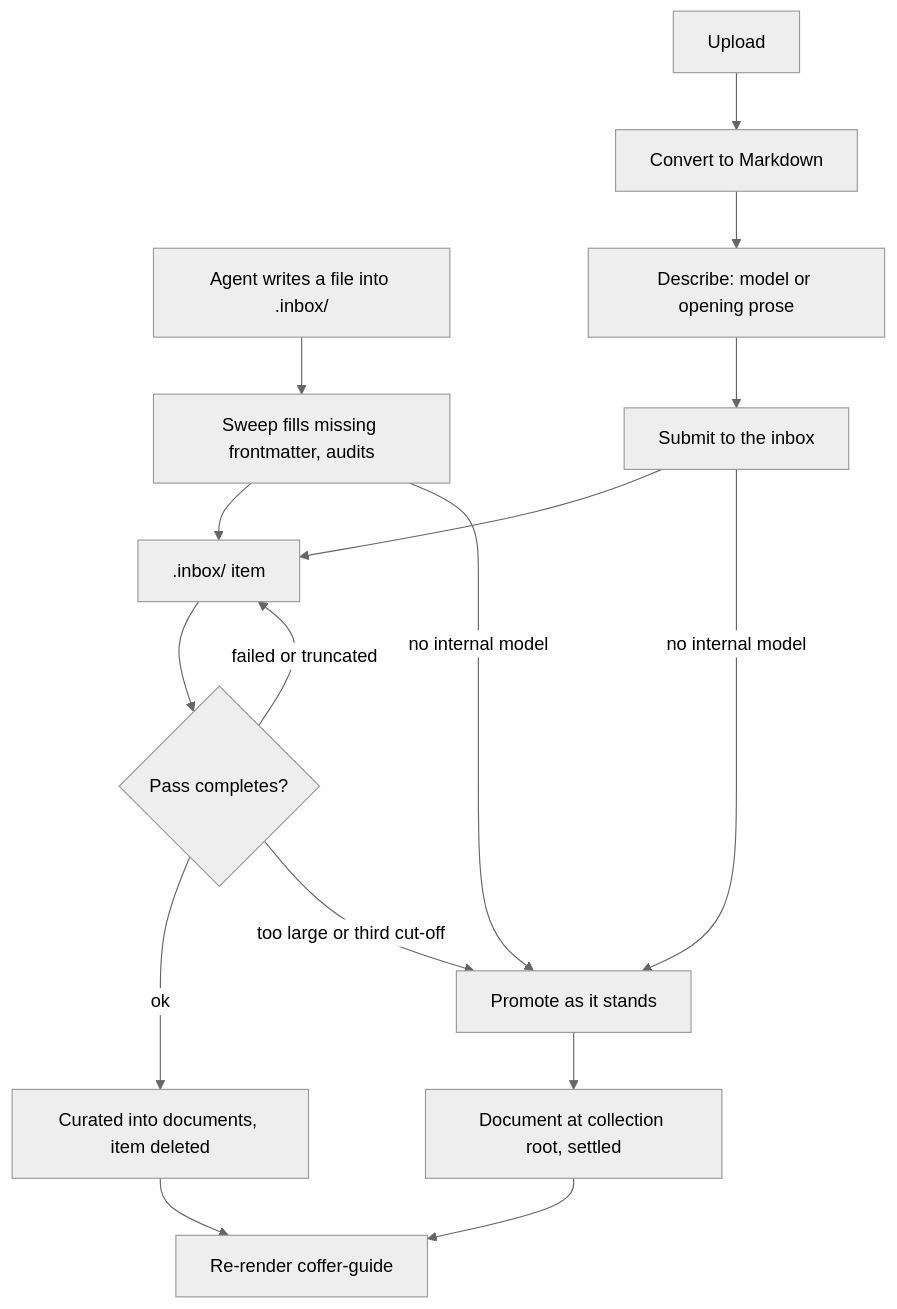
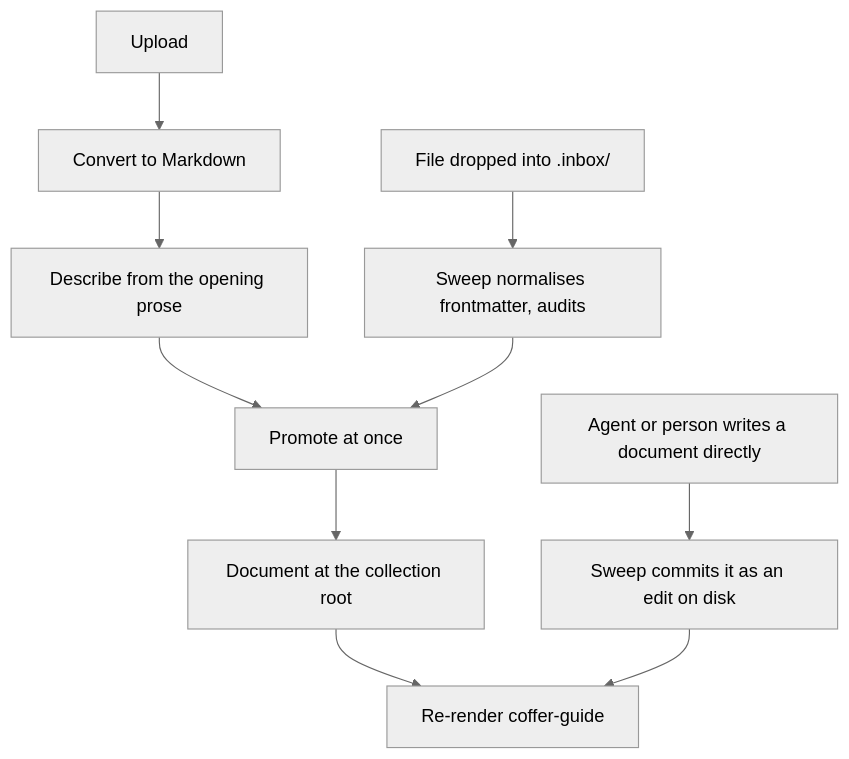
One commit to wyx-sg/Coffer changed the first of 2 diagrams in docs-site/architecture/knowledge.md. Above: the diagram before and after it, drawn with Mermaid (neutral theme). The commit also changed other lines of this file and 512 other files, not shown here.

First line of the commit message:
feat(knowledge,memory): agents tidy knowledge and memory; Coffer runs no model over them

````diff
--- a/docs-site/architecture/knowledge.md
+++ b/docs-site/architecture/knowledge.md
@@ -97,18 +100,12 @@
 ```mermaid
 flowchart TD
-  W["Agent writes a file into .inbox/"] --> N["Sweep fills missing frontmatter, audits"]
   U["Upload"] --> C["Convert to Markdown"]
-  C --> D["Describe: model or opening prose"]
-  D --> S["Submit to the inbox"]
-  S --> I[".inbox/ item"]
-  N --> I
-  S -->|"no internal model"| P["Promote as it stands"]
-  N -->|"no internal model"| P
-  I --> Q{"Pass completes?"}
-  Q -->|"ok"| M["Curated into documents, item deleted"]
-  Q -->|"failed or truncated"| I
-  Q -->|"too large or third cut-off"| P
-  P --> DOC["Document at collection root, settled"]
-  M --> G["Re-render coffer-guide"]
-  DOC --> G
+  C --> D["Describe from the opening prose"]
+  D --> S["Promote at once"]
+  W["File dropped into .inbox/"] --> N["Sweep normalises frontmatter, audits"]
+  N --> S
+  S --> DOC["Document at the collection root"]
+  E["Agent or person writes a document directly"] --> DISK["Sweep commits it as an edit on disk"]
+  DOC --> G["Re-render coffer-guide"]
+  DISK --> G
 ```
````
